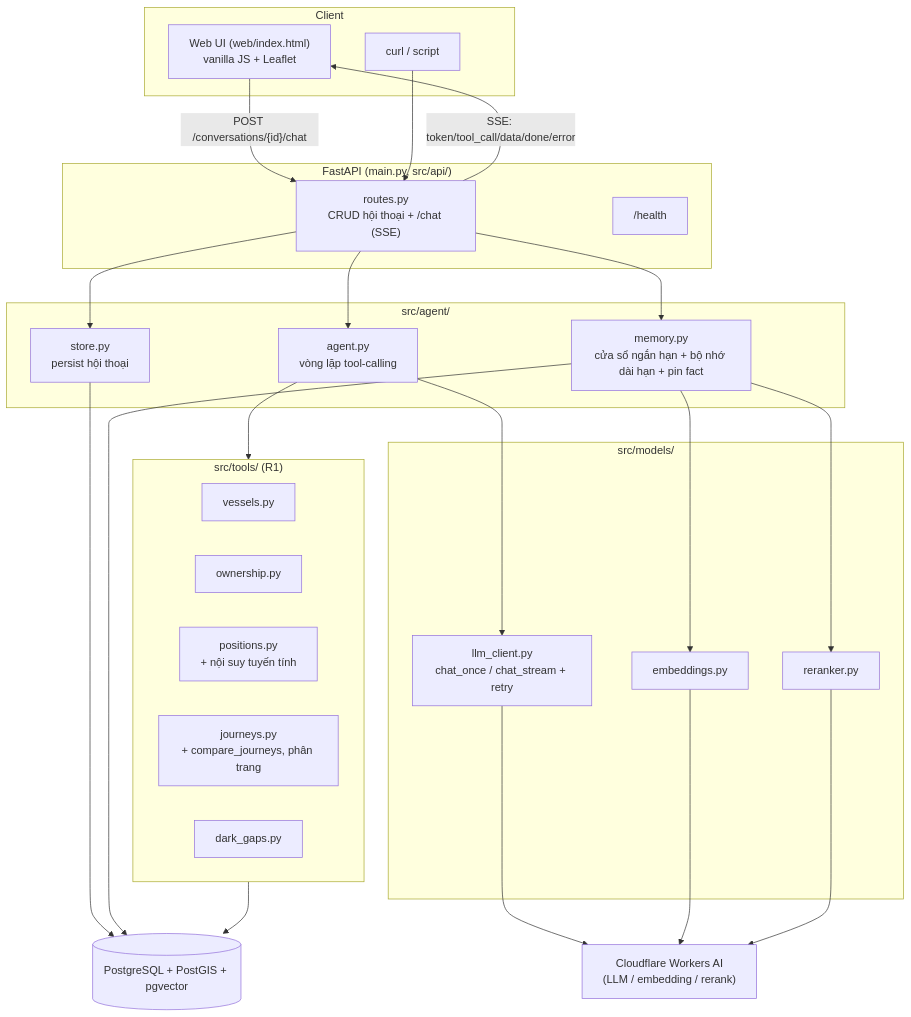
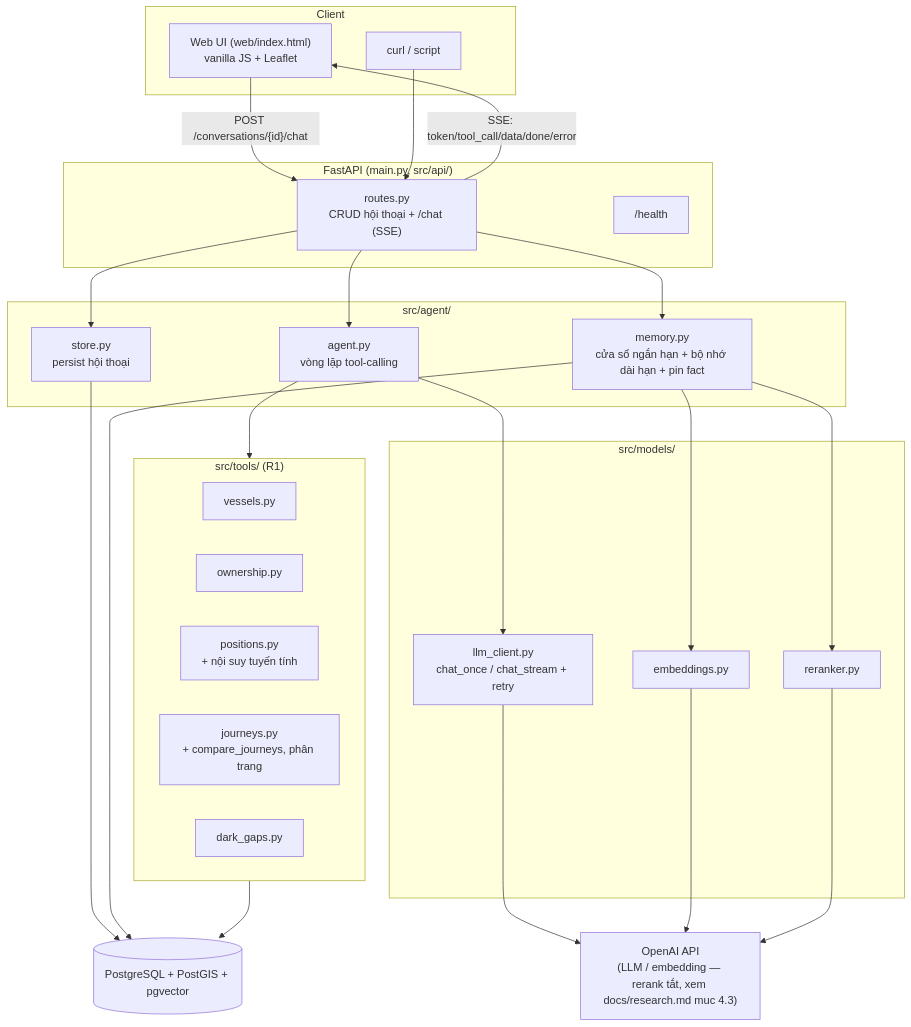
Before and after one commit to cong2235/vessel-tracking-chatbot: the first of 2 diagrams in docs/architecture.md, drawn with Mermaid. The commit also changed other lines of this file and 24 other files, not shown here.

````diff
--- a/docs/architecture.md
+++ b/docs/architecture.md
@@ -5,52 +5,52 @@
 ```mermaid
 flowchart TB
     subgraph Client
         UI["Web UI (web/index.html)<br/>vanilla JS + Leaflet"]
         CURL["curl / script"]
     end
 
     subgraph API["FastAPI (main.py, src/api/)"]
         ROUTES["routes.py<br/>CRUD hội thoại + /chat (SSE)"]
         HEALTH["/health"]
     end
 
     subgraph Agent["src/agent/"]
         LOOP["agent.py<br/>vòng lặp tool-calling"]
         MEM["memory.py<br/>cửa sổ ngắn hạn + bộ nhớ dài hạn + pin fact"]
         STORE["store.py<br/>persist hội thoại"]
     end
 
     subgraph Models["src/models/"]
         LLM["llm_client.py<br/>chat_once / chat_stream + retry"]
         EMB["embeddings.py"]
         RR["reranker.py"]
     end
 
     subgraph Tools["src/tools/ (R1)"]
         T1["vessels.py"]
         T2["ownership.py"]
         T3["positions.py<br/>+ nội suy tuyến tính"]
         T4["journeys.py<br/>+ compare_journeys, phân trang"]
         T5["dark_gaps.py"]
     end
 
     DB[("PostgreSQL + PostGIS + pgvector")]
-    CF["Cloudflare Workers AI<br/>(LLM / embedding / rerank)"]
+    CF["OpenAI API<br/>(LLM / embedding — rerank tắt, xem docs/research.md muc 4.3)"]
 
     UI -- "POST /conversations/{id}/chat" --> ROUTES
     CURL --> ROUTES
     ROUTES --> STORE
     ROUTES --> MEM
     ROUTES --> LOOP
     LOOP --> LLM
     LOOP --> Tools
     MEM --> EMB
     MEM --> RR
     LLM --> CF
     EMB --> CF
     RR --> CF
     Tools --> DB
     STORE --> DB
     MEM --> DB
     ROUTES -- "SSE: token/tool_call/data/done/error" --> UI
 ```
````
